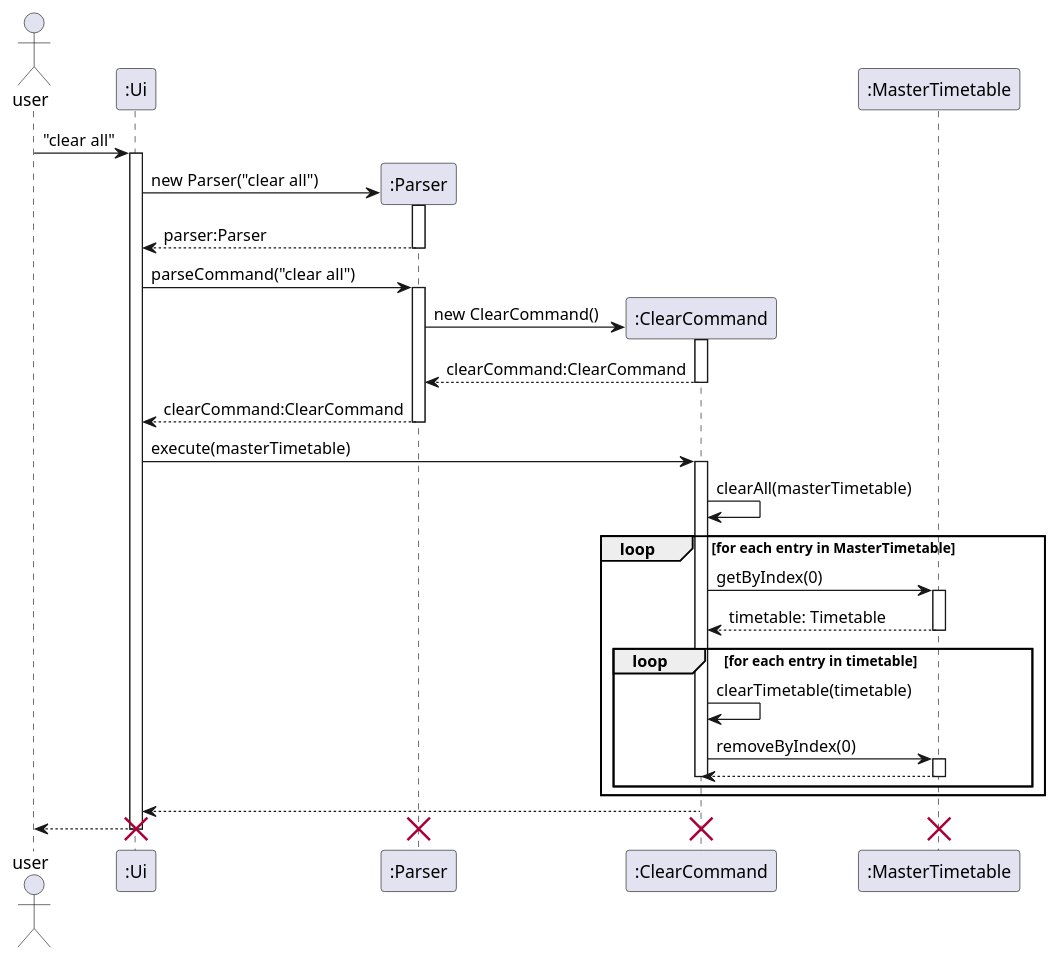
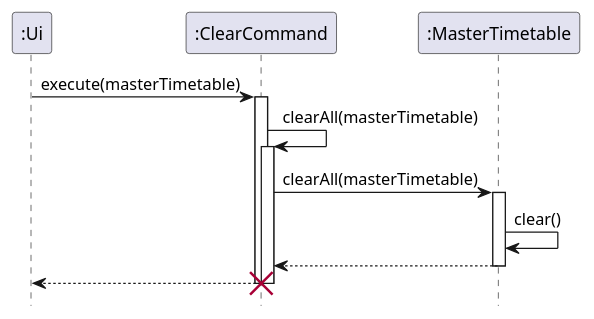
The diagram in docs/diagrams/ClearCommandSequenceDiagram.puml (nus-cs2113-AY2122S2/tp), drawn with PlantUML before and after one commit.

Commit message:
Edit Clear SQ diagram

```diff
--- a/docs/diagrams/ClearCommandSequenceDiagram.puml
+++ b/docs/diagrams/ClearCommandSequenceDiagram.puml
@@ -1,32 +1,13 @@
 @startuml
-actor user
+hide footbox
 
-user -> ":Ui" ++ : "clear all"
-create ":Parser"
-":Ui" -> ":Parser" ++: new Parser("clear all")
-":Parser" --> ":Ui" --: parser:Parser
-":Ui" -> ":Parser" ++: parseCommand("clear all")
-create ":ClearCommand"
-":Parser" -> ":ClearCommand" ++: new ClearCommand()
-":ClearCommand" --> ":Parser" --: clearCommand:ClearCommand
-":Parser" --> ":Ui" --: clearCommand:ClearCommand
+
 ":Ui" -> ":ClearCommand" ++: execute(masterTimetable)
-":ClearCommand" -> ":ClearCommand": clearAll(masterTimetable)
-loop for each entry in MasterTimetable
-":ClearCommand" -> ":MasterTimetable" ++: getByIndex(0)
-":MasterTimetable" --> ":ClearCommand" -- : timetable: Timetable
-loop for each entry in timetable
-":ClearCommand" -> ":ClearCommand": clearTimetable(timetable)
-":ClearCommand" -> ":MasterTimetable" ++ : removeByIndex(0)
+":ClearCommand" -> ":ClearCommand" ++: clearAll(masterTimetable)
+":ClearCommand" -> ":MasterTimetable" ++: clearAll(masterTimetable)
+":MasterTimetable" -> ":MasterTimetable" : clear()
 ":MasterTimetable" --> ":ClearCommand" --:
-deactivate ":ClearCommand"
-end
-end
+":ClearCommand" --> ":Ui" --: 
+destroy ":ClearCommand"
 
-":ClearCommand" --> ":Ui" --: 
-":Ui" --> user
-destroy ":ClearCommand"
-destroy ":Parser"
-destroy ":MasterTimetable"
-destroy ":Ui"
 @enduml
```
